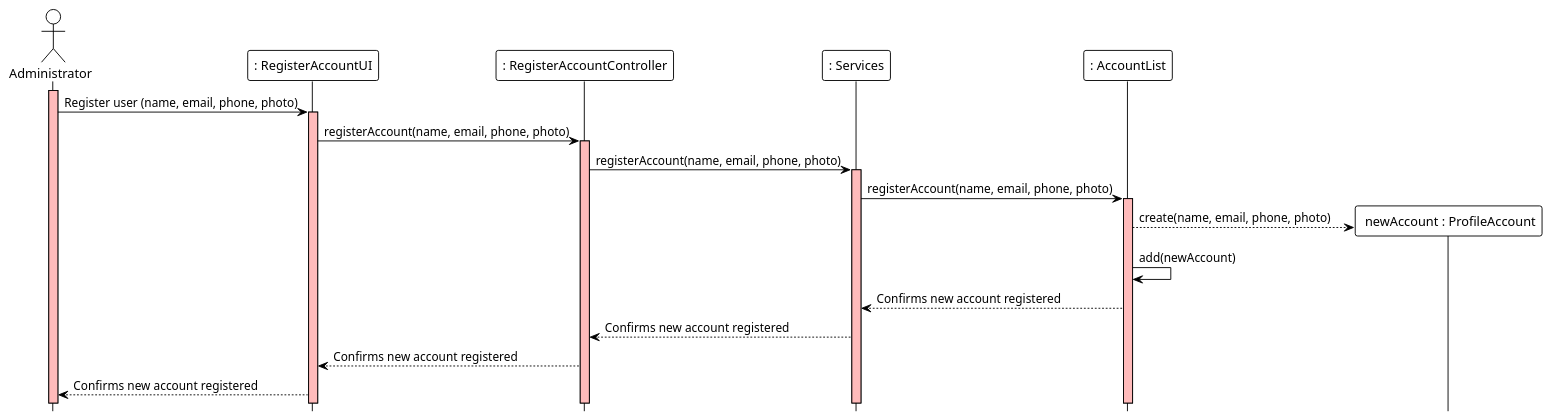
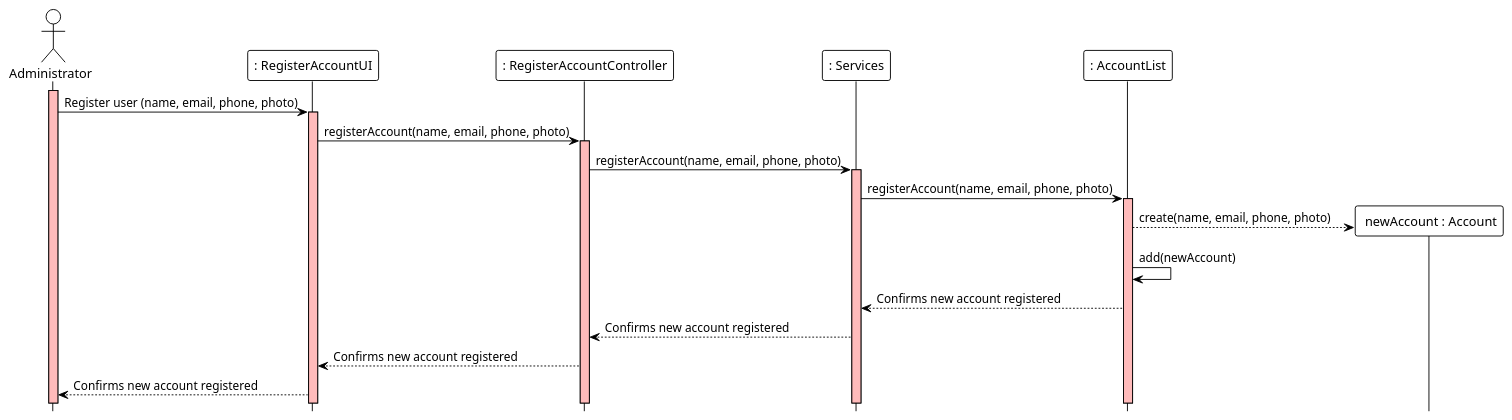
The diagram in docs/modelling_design/user_stories/us002/US002_RegisterUserSD.puml (ivo-menezes/project_g3), drawn with PlantUML before and after one commit. The commit also changed 1 other file, not shown here.

```diff
--- a/docs/modelling_design/user_stories/us002/US002_RegisterUserSD.puml
+++ b/docs/modelling_design/user_stories/us002/US002_RegisterUserSD.puml
@@ -1,27 +1,27 @@
 @startuml
 !theme plain
 hide footbox
 actor Administrator  as Administrator
 participant ": RegisterAccountUI" as UI
 participant ": RegisterAccountController" as Controller
 participant ": Services" as Services
 participant ": AccountList" as List
 
 activate Administrator #FFBBBB
 Administrator ->  UI : Register user (name, email, phone, photo)
 activate UI #FFBBBB
 UI -> Controller : registerAccount(name, email, phone, photo)
 activate Controller #FFBBBB
 Controller -> Services : registerAccount(name, email, phone, photo)
 activate Services #FFBBBB
 Services -> List : registerAccount(name, email, phone, photo)
 activate List #FFBBBB
 
 'List -> List : emailExists(email)
-List -->" newAccount : ProfileAccount" ** : create(name, email, phone, photo)
+List -->" newAccount : Account" ** : create(name, email, phone, photo)
 List -> List : add(newAccount)
 List --> Services : Confirms new account registered
 Services --> Controller : Confirms new account registered
 Controller --> UI : Confirms new account registered
 UI --> Administrator : Confirms new account registered
 @enduml
```
